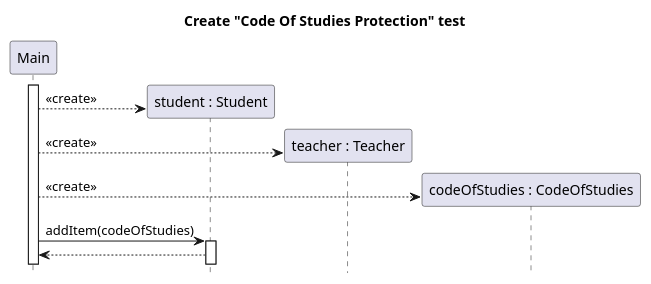
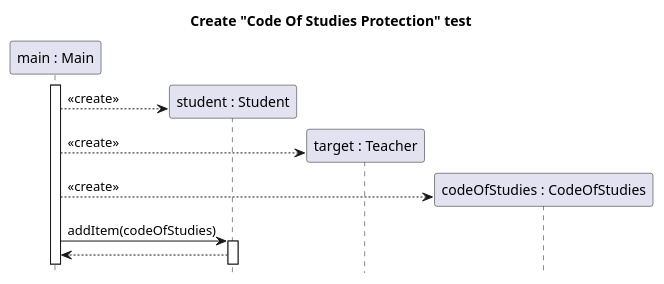
The diagram in docs/diagrams/test-create-sequence/student-use-code-of-studies-create.puml (sn4k3ch4rm3r/logarlec), drawn with PlantUML before and after one commit. The commit also changed 37 other files, not shown here.

Commit message:
Fixing diagram names, titles

```diff
--- a/docs/diagrams/test-create-sequence/student-use-code-of-studies-create.puml
+++ b/docs/diagrams/test-create-sequence/student-use-code-of-studies-create.puml
@@ -1,21 +1,21 @@
 @startuml student-use-code-of-studies-create
 
 title Create "Code Of Studies Protection" test
 hide footbox
 
-participant "Main" as main
+participant "main : Main" as main
 participant "student : Student" as student
-participant "teacher : Teacher" as teacher
+participant "target : Teacher" as target
 participant "codeOfStudies : CodeOfStudies" as codeOfStudies
 
 main++
 create student
 main --> student : <<create>>
-create teacher
-main --> teacher : <<create>>
+create target
+main --> target : <<create>>
 create codeOfStudies
 main --> codeOfStudies : <<create>>
 main -> student ++ : addItem(codeOfStudies)
 student --> main
 
 @enduml
```
